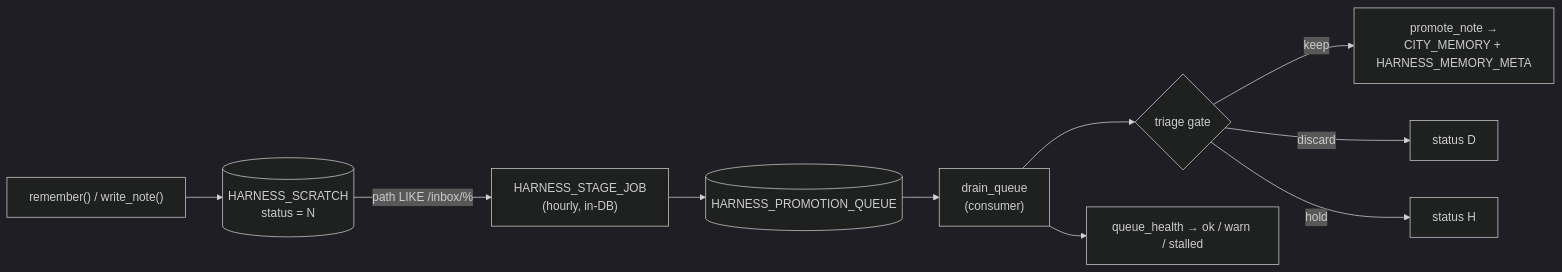
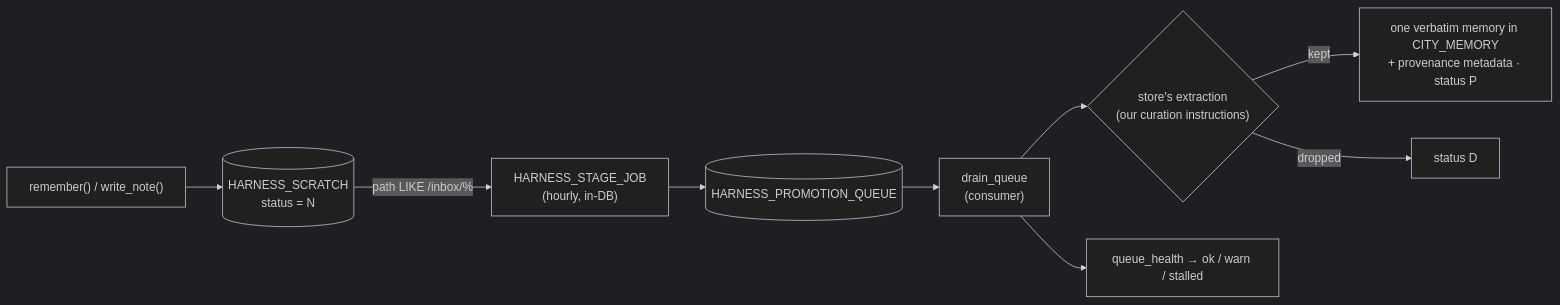
The eighth of 16 diagrams in docs/WALKTHROUGH.md (anantsrivast/cityops-agent-harness), drawn with Mermaid (dark theme) before and after one commit. The commit also changed other lines of this file and 11 other files, not shown here.

````diff
--- a/docs/WALKTHROUGH.md
+++ b/docs/WALKTHROUGH.md
@@ -254,12 +254,11 @@
 ```mermaid
 flowchart LR
   w["remember() / write_note()"] --> SC[("HARNESS_SCRATCH<br/>status = N")]
   SC -->|"path LIKE /inbox/%"| JOB["HARNESS_STAGE_JOB<br/>(hourly, in-DB)"]
   JOB --> Q[("HARNESS_PROMOTION_QUEUE")]
   Q --> DR["drain_queue<br/>(consumer)"]
-  DR --> TG{"triage gate"}
-  TG -->|keep| PR["promote_note →<br/>CITY_MEMORY + HARNESS_MEMORY_META"]
-  TG -->|discard| DD["status D"]
-  TG -->|hold| HH["status H"]
+  DR --> TG{"store's extraction<br/>(our curation instructions)"}
+  TG -->|kept| PR["one verbatim memory in CITY_MEMORY<br/>+ provenance metadata · status P"]
+  TG -->|dropped| DD["status D"]
   DR --> HC["queue_health → ok / warn / stalled"]
 ```
````
